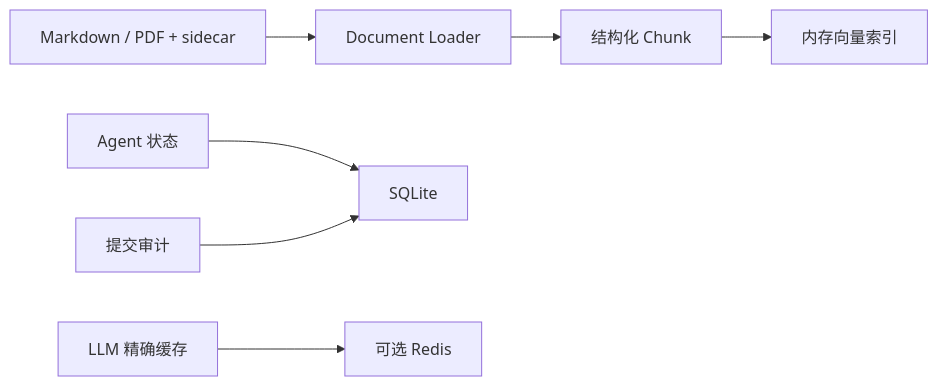
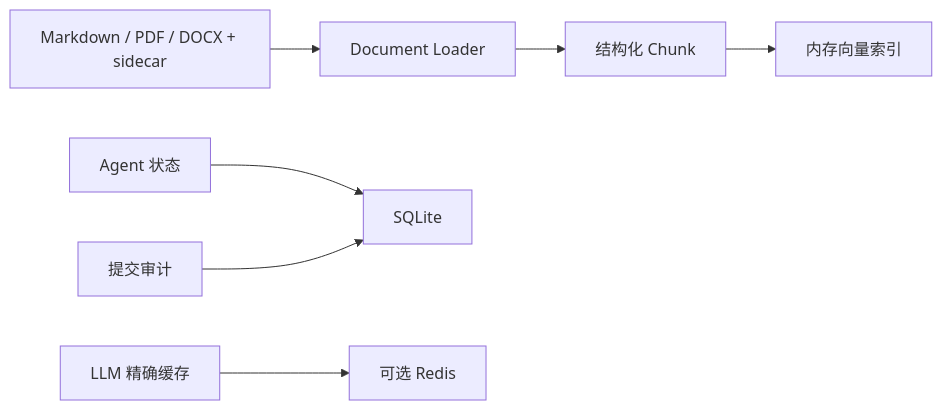
Before and after one commit to greyle12/enterprise-policy-agent: the third of 3 diagrams in docs/system_architecture.md, drawn with Mermaid. The commit also changed other lines of this file and 26 other files, not shown here.

Commit message:
feat(rag): add DOCX document parsing

````diff
--- a/docs/system_architecture.md
+++ b/docs/system_architecture.md
@@ -89,9 +89,9 @@
 ```mermaid
 flowchart LR
-    Policies["Markdown / PDF + sidecar"] --> Loader["Document Loader"]
+    Policies["Markdown / PDF / DOCX + sidecar"] --> Loader["Document Loader"]
     Loader --> Chunks["结构化 Chunk"]
     Chunks --> Index["内存向量索引"]
     AgentState["Agent 状态"] --> SQLite["SQLite"]
     Audit["提交审计"] --> SQLite
     Cache["LLM 精确缓存"] --> Redis["可选 Redis"]
 ```
````
